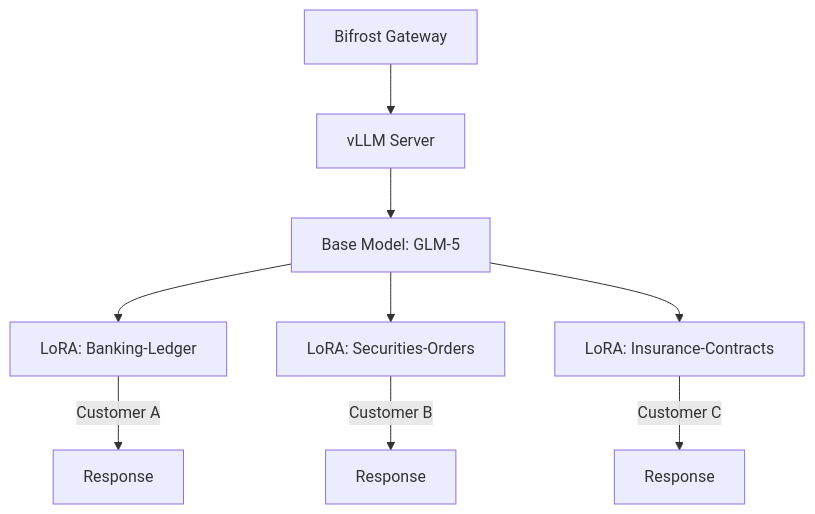
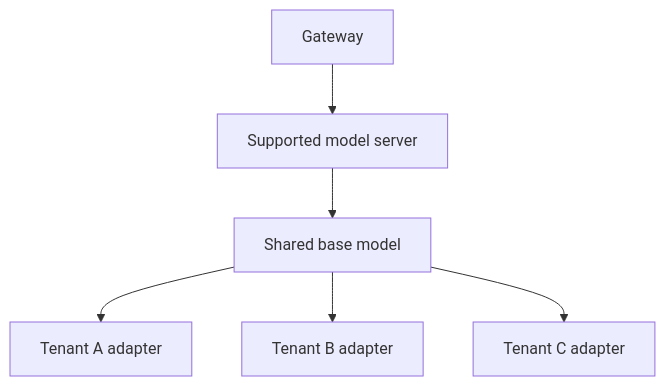
The third of 3 diagrams in i18n/en/docusaurus-plugin-content-docs/current/agentic-ai-platform/reference-architecture/integrations/coding-tools-cost-analysis.md (devfloor9/engineering-playbook), drawn with Mermaid before and after one commit. The commit also changed other lines of this file and 4 other files, not shown here.

````diff
--- a/i18n/en/docusaurus-plugin-content-docs/current/agentic-ai-platform/reference-architecture/integrations/coding-tools-cost-analysis.md
+++ b/i18n/en/docusaurus-plugin-content-docs/current/agentic-ai-platform/reference-architecture/integrations/coding-tools-cost-analysis.md
@@ -362,11 +298,8 @@
 ```mermaid
 graph TD
-    G[Bifrost Gateway] --> V[vLLM Server]
-    V --> B[Base Model: GLM-5]
-    B --> L1[LoRA: Banking-Ledger]
-    B --> L2[LoRA: Securities-Orders]
-    B --> L3[LoRA: Insurance-Contracts]
-    L1 -->|Customer A| R1[Response]
-    L2 -->|Customer B| R2[Response]
-    L3 -->|Customer C| R3[Response]
+    G[Gateway] --> V[Supported model server]
+    V --> B[Shared base model]
+    B --> L1[Tenant A adapter]
+    B --> L2[Tenant B adapter]
+    B --> L3[Tenant C adapter]
 ```
````
